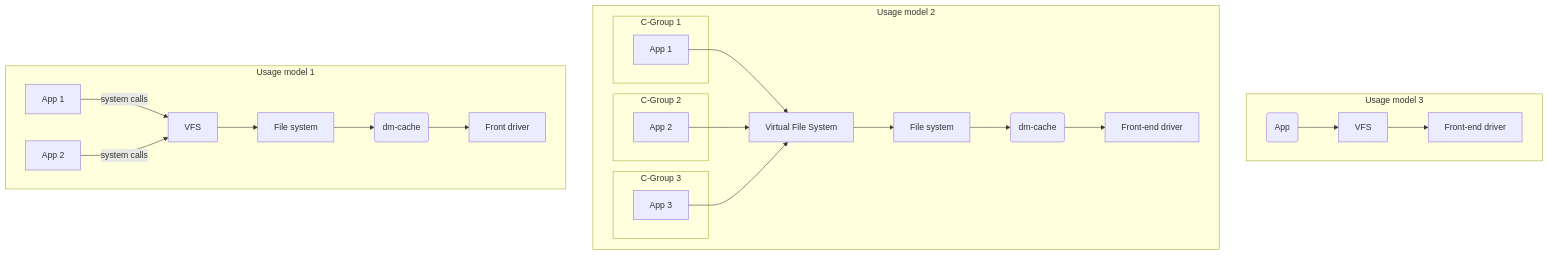
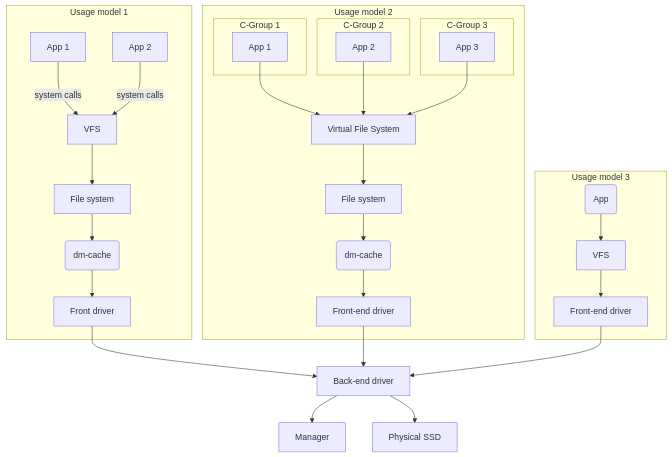
The diagram in docs/usage-model-dia.md (unaisp/provm-2019), drawn with Mermaid before and after one commit.

````diff
--- a/docs/usage-model-dia.md
+++ b/docs/usage-model-dia.md
@@ -1,45 +1,56 @@
 ```mermaid 
 
 graph TB
   
     subgraph Usage model 3
         App3(App) --> VFS3[VFS]
         VFS3[VFS] --> FD3[Front-end driver]
     end
     
     
     subgraph Usage model 2 
         subgraph C-Group 1
             U2App1[App 1] 
         end
          subgraph C-Group 2
             U2App2[App 2] 
         end
         subgraph C-Group 3
             U2App3[App 3] 
         end
     
         VFS2[Virtual File System] --> FS2[File system]
         FS2 --> DM2(dm-cache)
         DM2 --> FD2[Front-end driver]
         
         U2App1 --> VFS2
         U2App2 --> VFS2
         U2App3 --> VFS2
     
         
     end
     
     
     subgraph Usage model 1
         A[App 1] -- system calls --> VFS1[VFS]
         B[App 2] -- system calls --> VFS1
         VFS1 --> FS1[File system]
         FS1 --> DM1(dm-cache)
         DM1 --> FD1[Front driver]
         
-        
-        
     end
+    
+    BD1[Back-end driver]
+    
+    FD1 --> BD1
+    FD2 --> BD1
+    FD3 --> BD1
+    
+    MGR[Manager]
+    BD1 -->MGR
+    SSD[Physical SSD]
+    
+    BD1 --> SSD
+    
 
 ```
````
